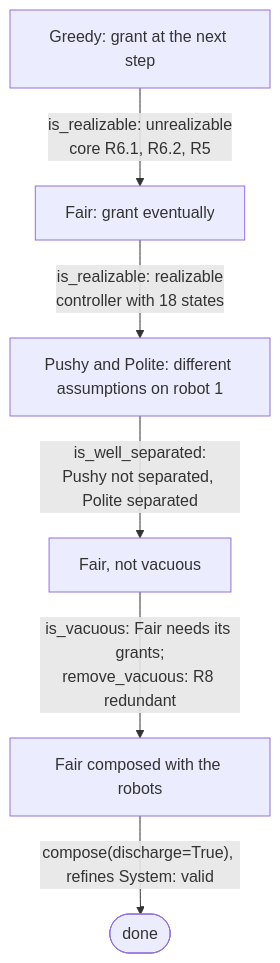
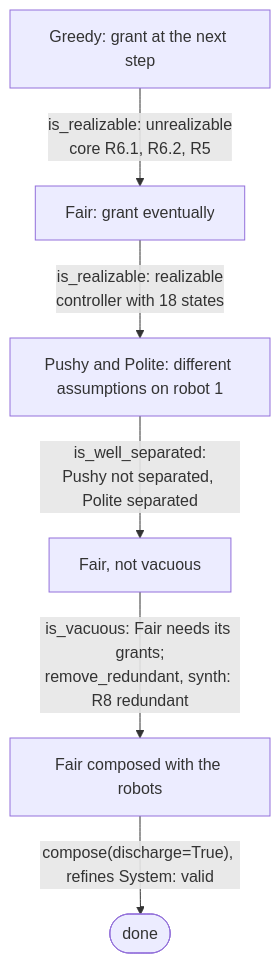
Before and after one commit to chase-cps/chase-cps.github.io: the second of 2 diagrams in handbook/docs/demos/charger.md, drawn with Mermaid. The commit also changed other lines of this file and 5 other files, not shown here.

Commit message:
handbook: remove_redundant(c, synth=True) replaces remove_vacuous; how to choose

````diff
--- a/handbook/docs/demos/charger.md
+++ b/handbook/docs/demos/charger.md
@@ -26,8 +26,8 @@
 ```mermaid
 flowchart TD
     G["Greedy: grant at the next step"] -- "is_realizable: unrealizable<br/>core R6.1, R6.2, R5" --> F["Fair: grant eventually"]
     F -- "is_realizable: realizable<br/>controller with 18 states" --> P["Pushy and Polite: different assumptions on robot 1"]
     P -- "is_well_separated:<br/>Pushy not separated, Polite separated" --> V["Fair, not vacuous"]
-    V -- "is_vacuous: Fair needs its grants;<br/>remove_vacuous: R8 redundant" --> C["Fair composed with the robots"]
+    V -- "is_vacuous: Fair needs its grants;<br/>remove_redundant, synth: R8 redundant" --> C["Fair composed with the robots"]
     C -- "compose(discharge=True), refines System: valid" --> D(["done"])
 ```
````
